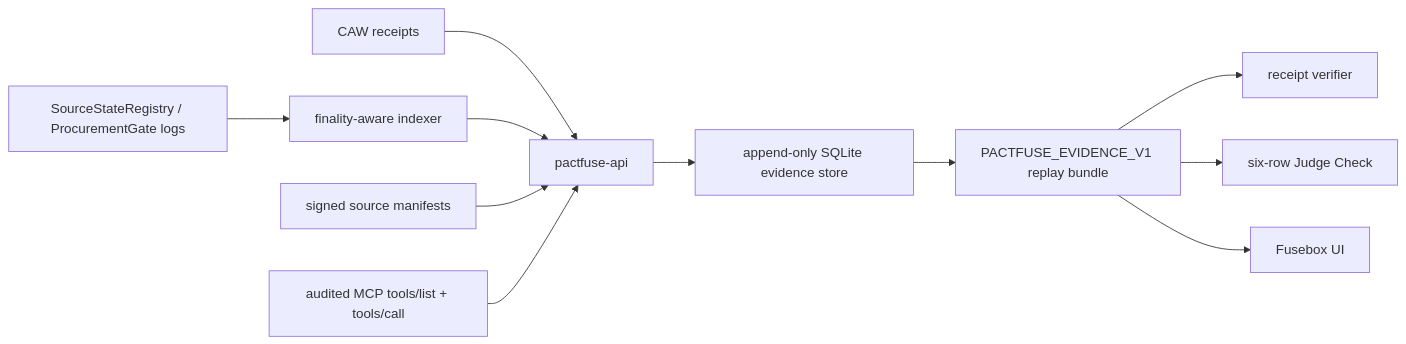
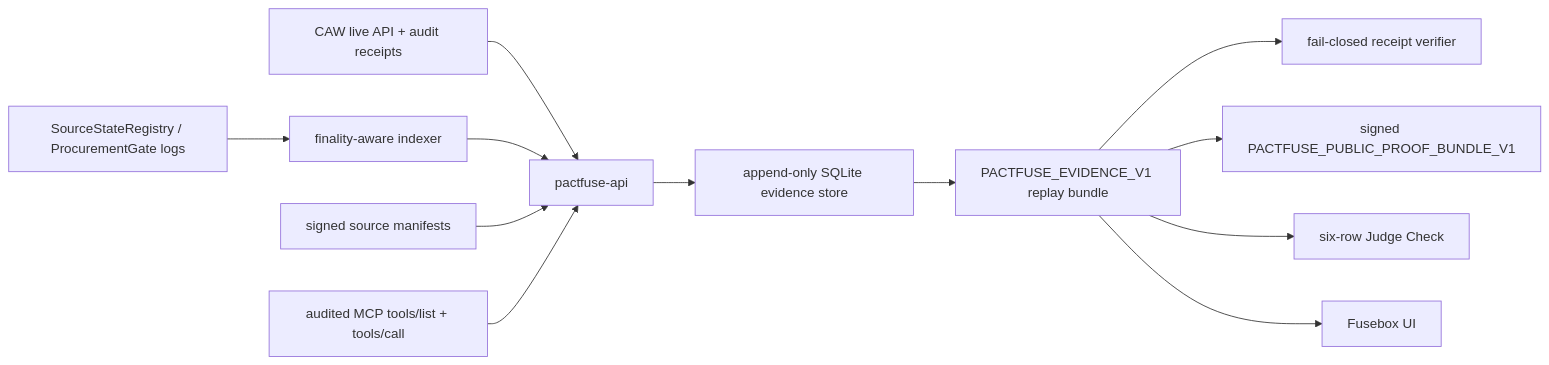
One commit to beautifulrem/PactFuse changed the diagram in README.md. Above: the diagram before and after it, drawn with Mermaid. The commit also changed other lines of this file, not shown here.

````diff
--- a/README.md
+++ b/README.md
@@ -102,13 +181,14 @@
 ```mermaid
 flowchart LR
-  CAW["CAW receipts"] --> API["pactfuse-api"]
+  CAW["CAW live API + audit receipts"] --> API["pactfuse-api"]
   Chain["SourceStateRegistry / ProcurementGate logs"] --> Indexer["finality-aware indexer"]
   Indexer --> API
   Source["signed source manifests"] --> API
   MCP["audited MCP tools/list + tools/call"] --> API
   API --> Store["append-only SQLite evidence store"]
   Store --> Replay["PACTFUSE_EVIDENCE_V1 replay bundle"]
-  Replay --> Verifier["receipt verifier"]
+  Replay --> Verifier["fail-closed receipt verifier"]
+  Replay --> Proof["signed PACTFUSE_PUBLIC_PROOF_BUNDLE_V1"]
   Replay --> Judge["six-row Judge Check"]
   Replay --> Fusebox["Fusebox UI"]
 ```
````
